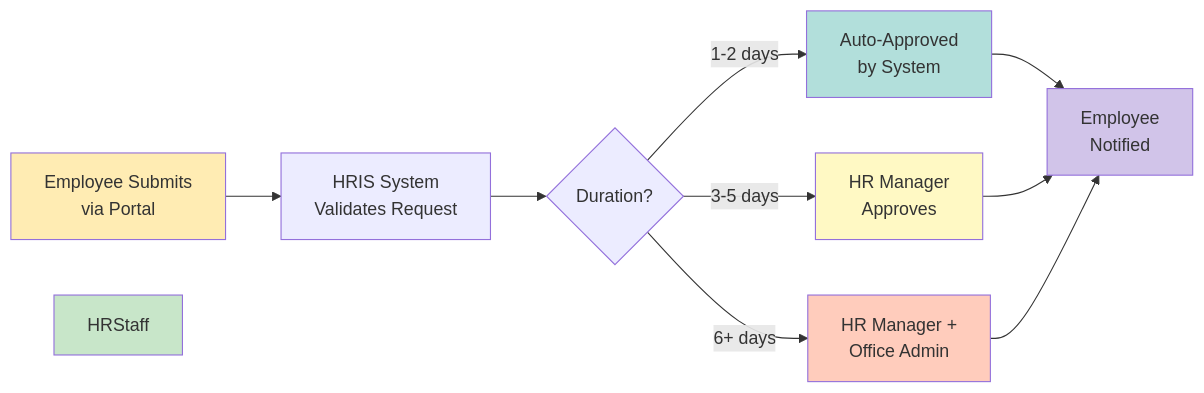
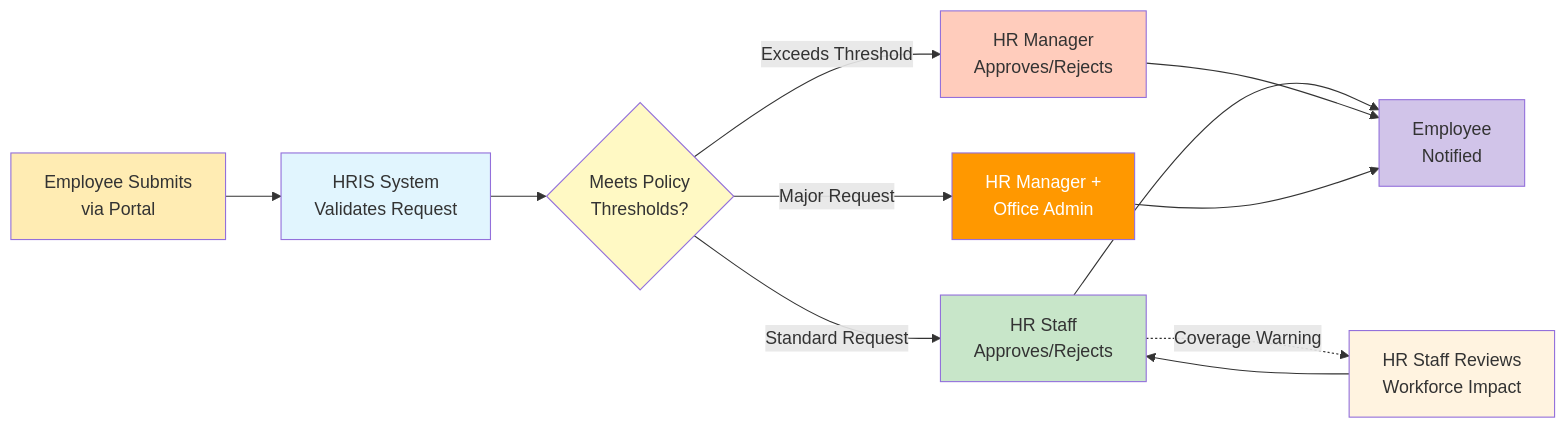
One commit to cap-bato/cameco changed the second of 8 diagrams in docs/workflows/00-system-overview.md. Above: the diagram before and after it, drawn with Mermaid. The commit also changed 5 other files, not shown here.

````diff
--- a/docs/workflows/00-system-overview.md
+++ b/docs/workflows/00-system-overview.md
@@ -195,18 +195,23 @@
 ```mermaid
 graph LR
     Employee[Employee Submits<br/>via Portal] --> System[HRIS System<br/>Validates Request]
-    System --> Duration{Duration?}
-    Duration -->|1-2 days| AutoApprove[Auto-Approved<br/>by System]
-    Duration -->|3-5 days| HRManager[HR Manager<br/>Approves]
-    Duration -->|6+ days| Both[HR Manager +<br/>Office Admin]
-    AutoApprove --> Notify[Employee<br/>Notified]
+    System --> Policy{Meets Policy<br/>Thresholds?}
+    Policy -->|Standard Request| HRStaff[HR Staff<br/>Approves/Rejects]
+    Policy -->|Exceeds Threshold| HRManager[HR Manager<br/>Approves/Rejects]
+    Policy -->|Major Request| Both[HR Manager +<br/>Office Admin]
+    HRStaff --> Notify[Employee<br/>Notified]
     HRManager --> Notify
     Both --> Notify
     
+    HRStaff -.Coverage Warning.-> Review[HR Staff Reviews<br/>Workforce Impact]
+    Review --> HRStaff
+    
     style Employee fill:#ffecb3
     style HRStaff fill:#c8e6c9
-    style AutoApprove fill:#b2dfdb
-    style HRManager fill:#fff9c4
-    style Both fill:#ffccbc
+    style System fill:#e1f5fe
+    style Policy fill:#fff9c4
+    style HRManager fill:#ffccbc
+    style Both fill:#ff9800,color:#fff
     style Notify fill:#d1c4e9
+    style Review fill:#fff3e0
 ```
````
